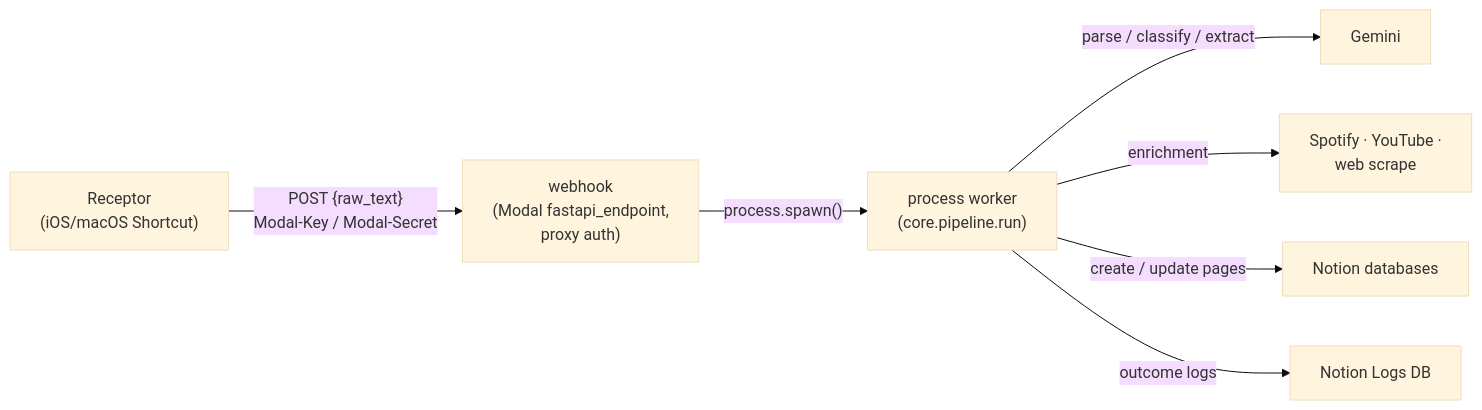
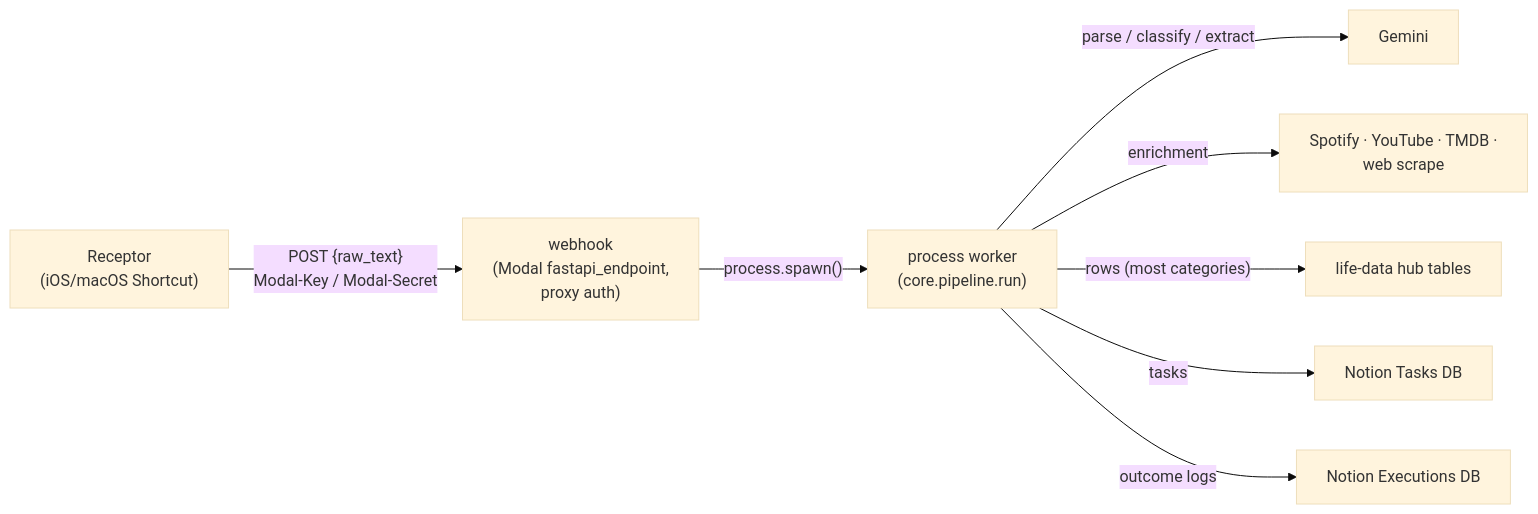
Before and after one commit to alexjmiller5/synapse: the diagram in README.md, drawn with Mermaid (base theme). The commit also changed other lines of this file and 22 other files, not shown here.

````diff
--- a/README.md
+++ b/README.md
@@ -18,9 +18,10 @@
 ```mermaid
 flowchart LR
     R["Receptor<br/>(iOS/macOS Shortcut)"] -->|"POST {raw_text}<br/>Modal-Key / Modal-Secret"| W["webhook<br/>(Modal fastapi_endpoint,<br/>proxy auth)"]
     W -->|"process.spawn()"| P["process worker<br/>(core.pipeline.run)"]
     P -->|"parse / classify / extract"| G["Gemini"]
-    P -->|"enrichment"| X["Spotify · YouTube ·<br/>web scrape"]
-    P -->|"create / update pages"| N["Notion databases"]
-    P -->|"outcome logs"| L["Notion Logs DB"]
+    P -->|"enrichment"| X["Spotify · YouTube · TMDB ·<br/>web scrape"]
+    P -->|"rows (most categories)"| H["life-data hub tables"]
+    P -->|"tasks"| N["Notion Tasks DB"]
+    P -->|"outcome logs"| L["Notion Executions DB"]
 ```
````
